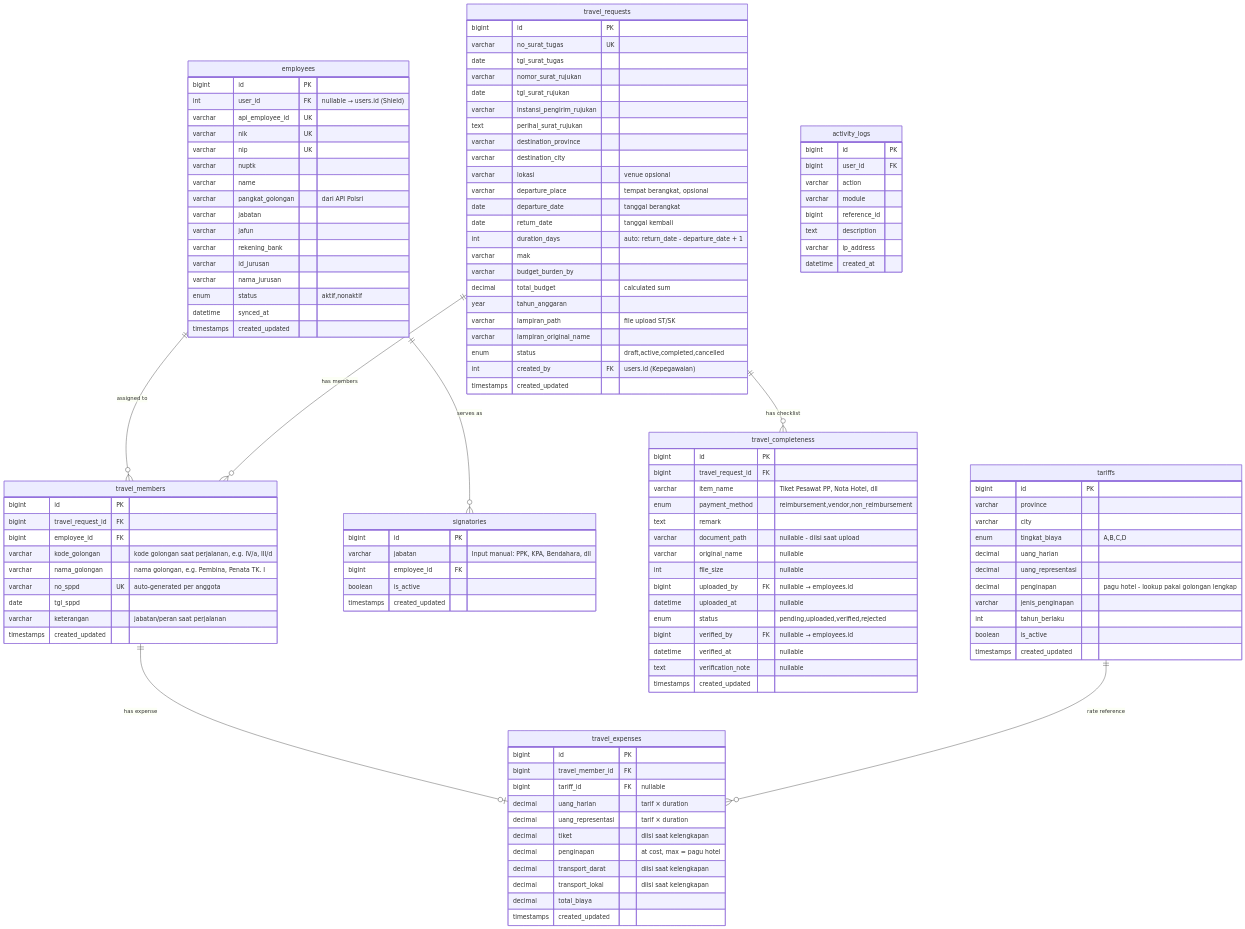
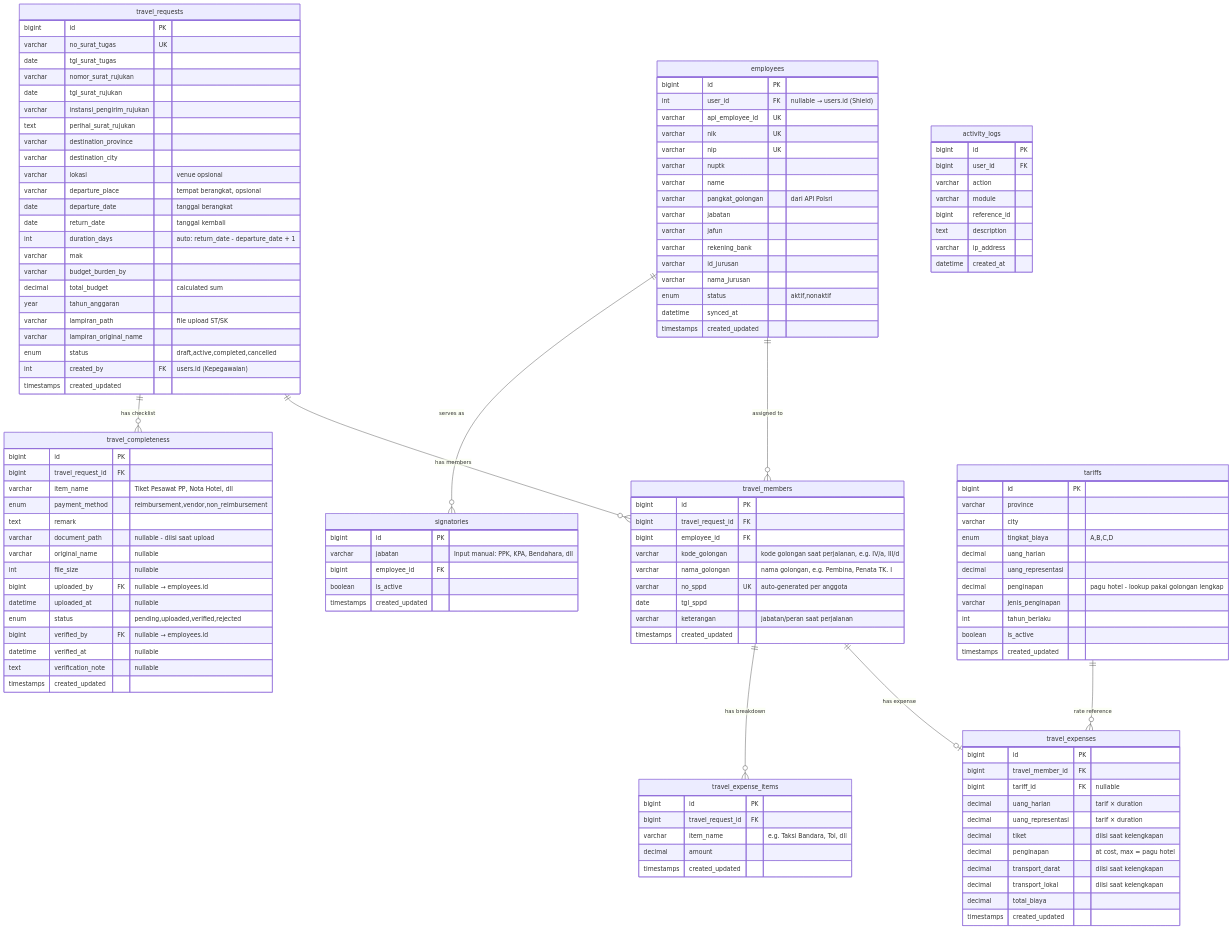
The first of 5 diagrams in perjadin.md (Apriiansh/perjadin-polsri), drawn with Mermaid before and after one commit. The commit also changed other lines of this file and 14 other files, not shown here.

```diff
--- a/perjadin.md
+++ b/perjadin.md
@@ -216,6 +216,7 @@
         timestamps created_updated
     }
 
+    travel_members ||--o{ travel_expense_items : "has breakdown"
     travel_expenses {
         bigint id PK
         bigint travel_member_id FK
@@ -227,6 +228,14 @@
         decimal transport_darat "diisi saat kelengkapan"
         decimal transport_lokal "diisi saat kelengkapan"
         decimal total_biaya
+        timestamps created_updated
+    }
+
+    travel_expense_items {
+        bigint id PK
+        bigint travel_request_id FK
+        varchar item_name "e.g. Taksi Bandara, Tol, dll"
+        decimal amount
         timestamps created_updated
     }
 
```
